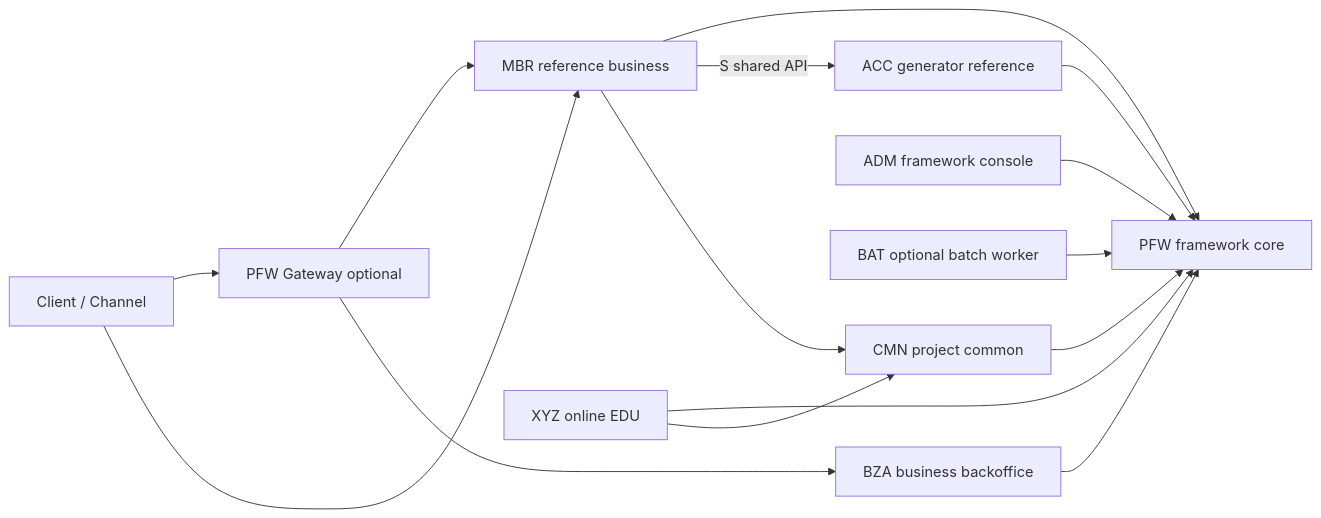
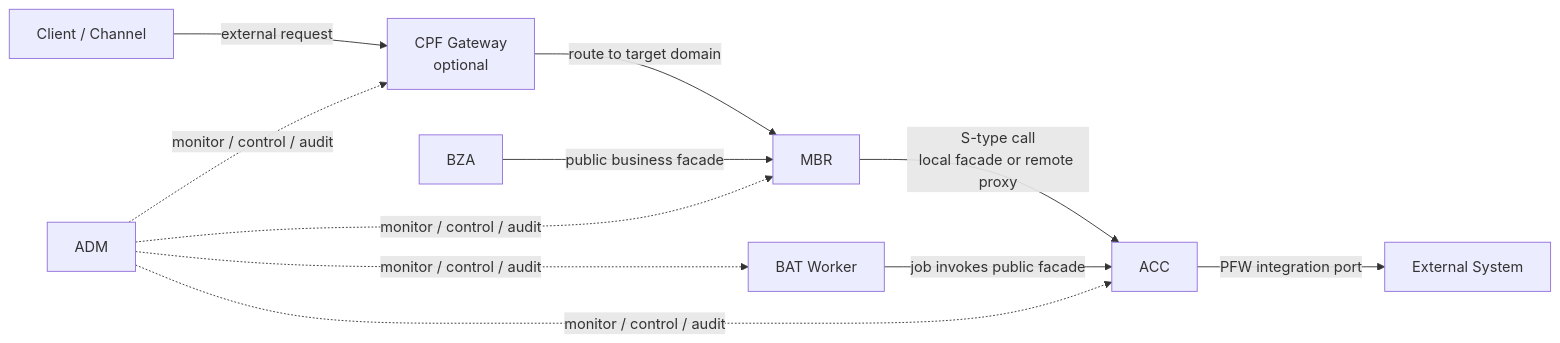
The second of 2 diagrams in README.md (freeangelsun/202412_01_CPF), drawn with Mermaid before and after one commit. The commit also changed other lines of this file and 453 other files, not shown here.

Commit message:
feat: finalize CPF framework standards and verification

````diff
--- a/README.md
+++ b/README.md
@@ -9,17 +67,23 @@
 ```mermaid
 flowchart LR
-    Client[Client / Channel] --> Gateway[PFW Gateway optional]
-    Client --> MBR[MBR reference business]
-    Gateway --> MBR
-    Gateway --> BZA[BZA business backoffice]
-    MBR --> PFW[PFW framework core]
-    MBR -->|S shared API| ACC[ACC generator reference]
-    ACC --> PFW
-    BZA --> PFW
-    ADM[ADM framework console] --> PFW
-    XYZ[XYZ online EDU] --> PFW
-    BAT[BAT optional batch worker] --> PFW
-    XYZ --> CMN[CMN project common]
-    MBR --> CMN
-    CMN --> PFW
+    CLIENT[Client / Channel]
+    GW[CPF Gateway\noptional]
+    MBR[MBR]
+    ACC[ACC]
+    BZA[BZA]
+    BAT[BAT Worker]
+    EXT[External System]
+    ADM[ADM]
+
+    CLIENT -->|external request| GW
+    GW -->|route to target domain| MBR
+    MBR -->|S-type call\nlocal facade or remote proxy| ACC
+    BZA -->|public business facade| MBR
+    BAT -->|job invokes public facade| ACC
+    ACC -->|PFW integration port| EXT
+
+    ADM -. monitor / control / audit .-> GW
+    ADM -. monitor / control / audit .-> MBR
+    ADM -. monitor / control / audit .-> ACC
+    ADM -. monitor / control / audit .-> BAT
 ```
````
